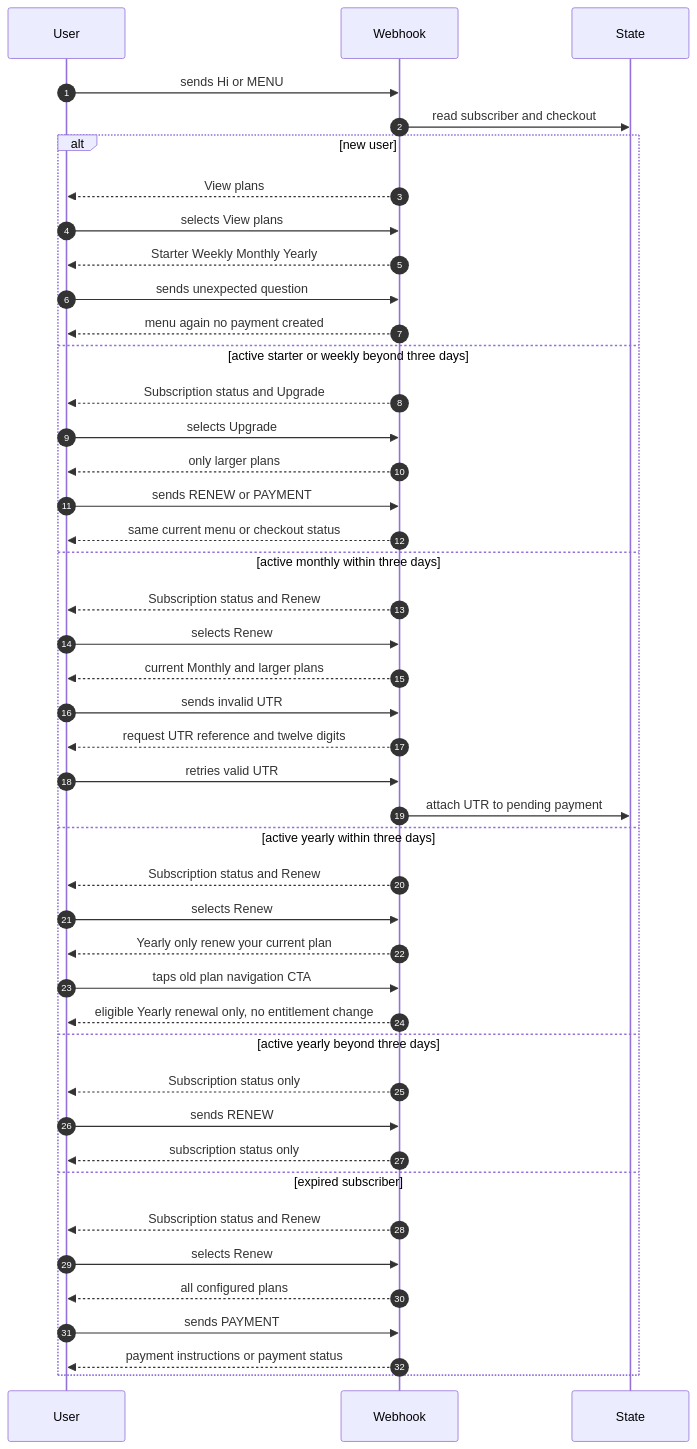
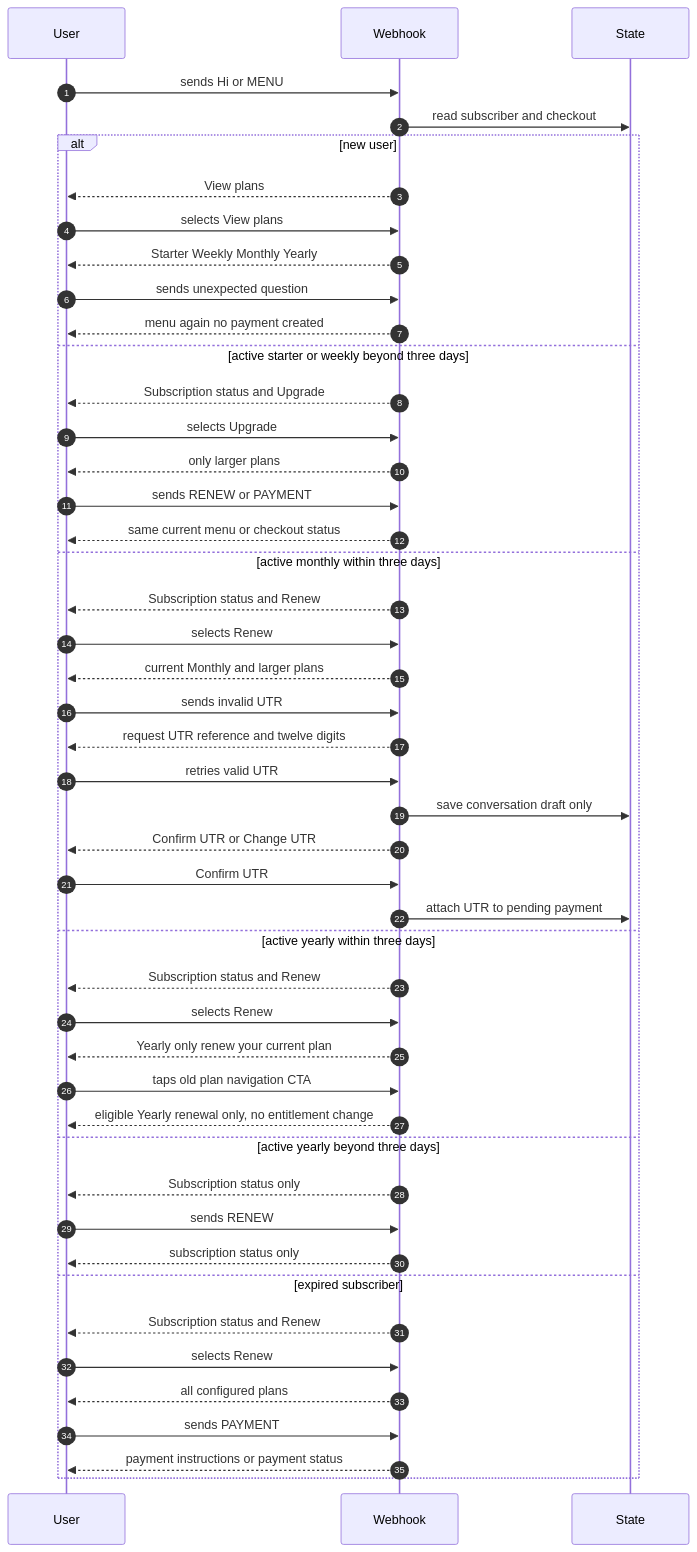
The seventh of 12 diagrams in sequence-diagrams.md (mishnit/daily-darshan), drawn with Mermaid before and after one commit. The commit also changed other lines of this file and 11 other files, not shown here.

````diff
--- a/sequence-diagrams.md
+++ b/sequence-diagrams.md
@@ -335,47 +343,50 @@
 ```mermaid
 sequenceDiagram
     autonumber
     participant User
     participant Webhook
     participant State
 
     User->>Webhook: sends Hi or MENU
     Webhook->>State: read subscriber and checkout
     alt new user
         Webhook-->>User: View plans
         User->>Webhook: selects View plans
         Webhook-->>User: Starter Weekly Monthly Yearly
         User->>Webhook: sends unexpected question
         Webhook-->>User: menu again no payment created
     else active starter or weekly beyond three days
         Webhook-->>User: Subscription status and Upgrade
         User->>Webhook: selects Upgrade
         Webhook-->>User: only larger plans
         User->>Webhook: sends RENEW or PAYMENT
         Webhook-->>User: same current menu or checkout status
     else active monthly within three days
         Webhook-->>User: Subscription status and Renew
         User->>Webhook: selects Renew
         Webhook-->>User: current Monthly and larger plans
         User->>Webhook: sends invalid UTR
         Webhook-->>User: request UTR reference and twelve digits
         User->>Webhook: retries valid UTR
+        Webhook->>State: save conversation draft only
+        Webhook-->>User: Confirm UTR or Change UTR
+        User->>Webhook: Confirm UTR
         Webhook->>State: attach UTR to pending payment
     else active yearly within three days
         Webhook-->>User: Subscription status and Renew
         User->>Webhook: selects Renew
         Webhook-->>User: Yearly only renew your current plan
         User->>Webhook: taps old plan navigation CTA
         Webhook-->>User: eligible Yearly renewal only, no entitlement change
     else active yearly beyond three days
         Webhook-->>User: Subscription status only
         User->>Webhook: sends RENEW
         Webhook-->>User: subscription status only
     else expired subscriber
         Webhook-->>User: Subscription status and Renew
         User->>Webhook: selects Renew
         Webhook-->>User: all configured plans
         User->>Webhook: sends PAYMENT
         Webhook-->>User: payment instructions or payment status
     end
 ```
````
